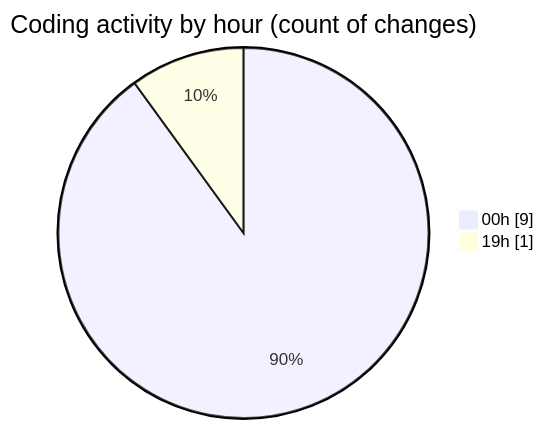
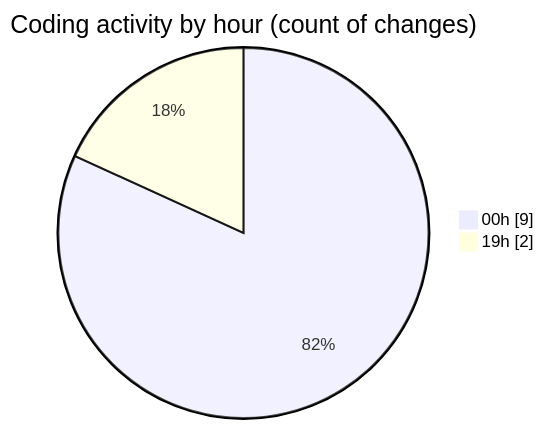
Before and after one commit to JenPaints/code-tracking: the second of 2 diagrams in 2025-06-21/archive/README.md, drawn with Mermaid. The commit also changed other lines of this file and 1 other file, not shown here.

````diff
--- a/2025-06-21/archive/README.md
+++ b/2025-06-21/archive/README.md
@@ -35,6 +36,6 @@
 ```mermaid
 pie showData
 title Coding activity by hour (count of changes)
 "00h" : 9
-"19h" : 1
+"19h" : 2
 ```
````
